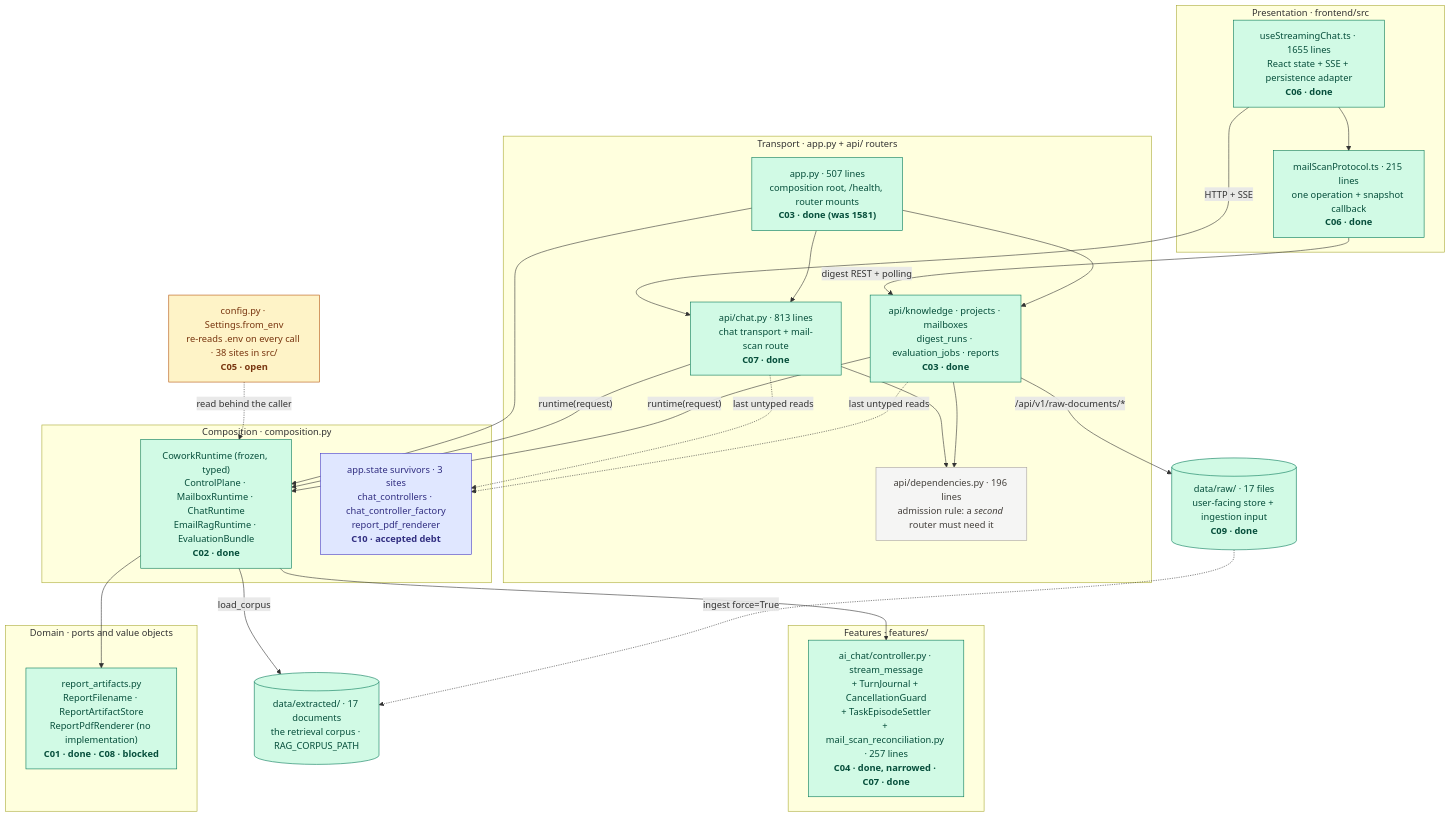
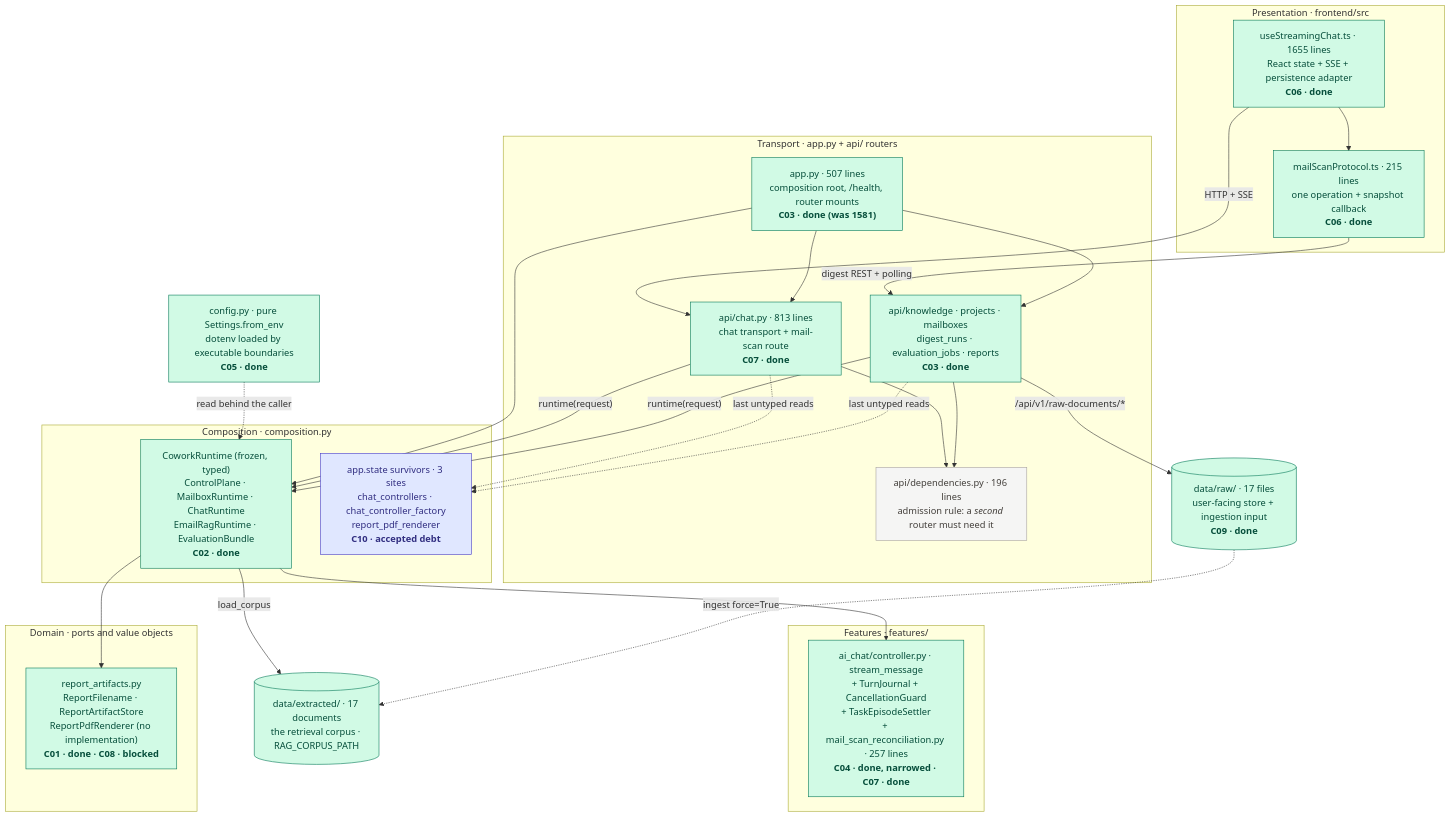
The first of 6 diagrams in tasks/specs/SPEC-architecture-improvement-program.md (MathematicGuy/EMAIL-AGENT-v1), drawn with Mermaid before and after one commit. The commit also changed other lines of this file and 6 other files, not shown here.

````diff
--- a/tasks/specs/SPEC-architecture-improvement-program.md
+++ b/tasks/specs/SPEC-architecture-improvement-program.md
@@ -59,60 +59,60 @@
 ```mermaid
 flowchart TB
     subgraph PRESENTATION["Presentation · frontend/src"]
         HOOK["useStreamingChat.ts · 1655 lines<br/>React state + SSE + persistence adapter<br/><b>C06 · done</b>"]
         MAILP["mailScanProtocol.ts · 215 lines<br/>one operation + snapshot callback<br/><b>C06 · done</b>"]
     end
 
     subgraph TRANSPORT["Transport · app.py + api/ routers"]
         APP["app.py · 507 lines<br/>composition root, /health, router mounts<br/><b>C03 · done (was 1581)</b>"]
         CHAT["api/chat.py · 813 lines<br/>chat transport + mail-scan route<br/><b>C07 · done</b>"]
         SIB["api/knowledge · projects · mailboxes<br/>digest_runs · evaluation_jobs · reports<br/><b>C03 · done</b>"]
         DEPS["api/dependencies.py · 196 lines<br/>admission rule: a <i>second</i> router must need it"]
     end
 
     subgraph COMPOSITION["Composition · composition.py"]
         RT["CoworkRuntime (frozen, typed)<br/>ControlPlane · MailboxRuntime · ChatRuntime<br/>EmailRagRuntime · EvaluationBundle<br/><b>C02 · done</b>"]
         SURV["app.state survivors · 3 sites<br/>chat_controllers · chat_controller_factory<br/>report_pdf_renderer<br/><b>C10 · accepted debt</b>"]
     end
 
     subgraph FEATURES["Features · features/"]
         CTRL["ai_chat/controller.py · stream_message<br/>+ TurnJournal + CancellationGuard<br/>+ TaskEpisodeSettler<br/>+ mail_scan_reconciliation.py · 257 lines<br/><b>C04 · done, narrowed · C07 · done</b>"]
     end
 
     subgraph DOMAIN["Domain · ports and value objects"]
         RA["report_artifacts.py<br/>ReportFilename · ReportArtifactStore<br/>ReportPdfRenderer (no implementation)<br/><b>C01 · done · C08 · blocked</b>"]
     end
 
-    CFG["config.py · Settings.from_env<br/>re-reads .env on every call · 38 sites in src/<br/><b>C05 · open</b>"]
+    CFG["config.py · pure Settings.from_env<br/>dotenv loaded by executable boundaries<br/><b>C05 · done</b>"]
     CORPUS[("data/extracted/ · 17 documents<br/>the retrieval corpus · RAG_CORPUS_PATH")]
     RAWDIR[("data/raw/ · 17 files<br/>user-facing store + ingestion input<br/><b>C09 · done</b>")]
 
     HOOK -->|"HTTP + SSE"| CHAT
     HOOK --> MAILP
     MAILP -->|"digest REST + polling"| SIB
     APP --> CHAT
     APP --> SIB
     CHAT --> DEPS
     SIB --> DEPS
     APP --> RT
     CHAT -->|"runtime(request)"| RT
     SIB -->|"runtime(request)"| RT
     RT --> CTRL
     RT --> RA
     RT -->|"load_corpus"| CORPUS
     SIB -->|"/api/v1/raw-documents/*"| RAWDIR
     RAWDIR -. "ingest force=True" .-> CORPUS
     CHAT -. "last untyped reads" .-> SURV
     SIB -. "last untyped reads" .-> SURV
     CFG -. "read behind the caller" .-> RT
 
     classDef done fill:#d1fae5,stroke:#047857,color:#064e3b;
     classDef open fill:#fef3c7,stroke:#b45309,color:#78350f;
     classDef debt fill:#e0e7ff,stroke:#4338ca,color:#312e81;
     classDef outlier fill:#ffe4e6,stroke:#be123c,color:#881337,stroke-width:2px;
     classDef plain fill:#f5f5f4,stroke:#a8a29e,color:#44403c;
     class APP,CHAT,SIB,RT,CTRL,RA,CORPUS,RAWDIR,HOOK,MAILP done;
-    class CFG open;
+    class CFG done;
     class SURV debt;
     class DEPS plain;
 ```
````
